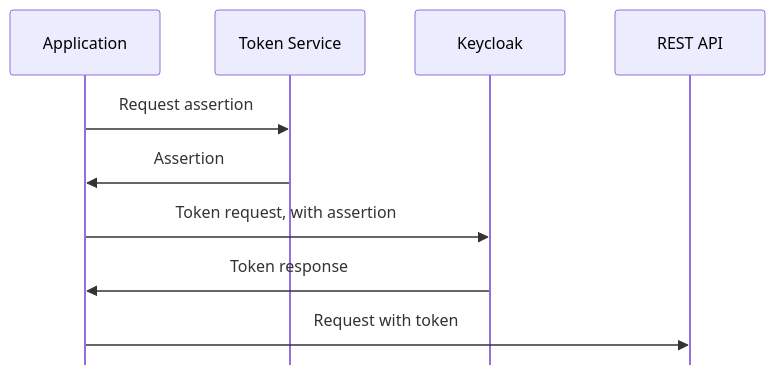
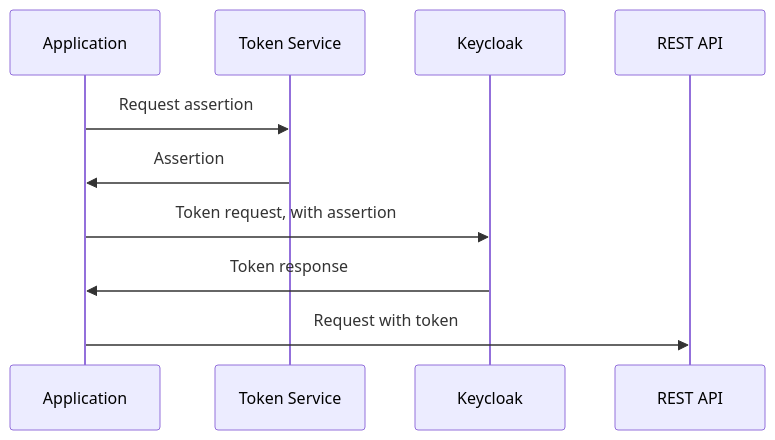
One commit to stianst/playground changed the first of 2 diagrams in seq/assertions.md. Above: the diagram before and after it, drawn with Mermaid.

Commit message:
Modify sequence diagram configuration in assertions.md
Updated the sequence diagram configuration for better readability.

````diff
--- a/seq/assertions.md
+++ b/seq/assertions.md
@@ -2,16 +2,13 @@
 ```mermaid
----
-config:
-    mirrorActors: false
----
+%%{init: {'themeVariables': {'fontSize': '18px'}}}%%
 sequenceDiagram
     participant C as Application
     participant TS as Token Service
     participant KC as Keycloak
     participant RS as REST API
     C->>TS: Request assertion
     TS->>C: Assertion
     C->>KC: Token request, with assertion
     KC->>C: Token response
     C->>RS: Request with token
 ```
````
